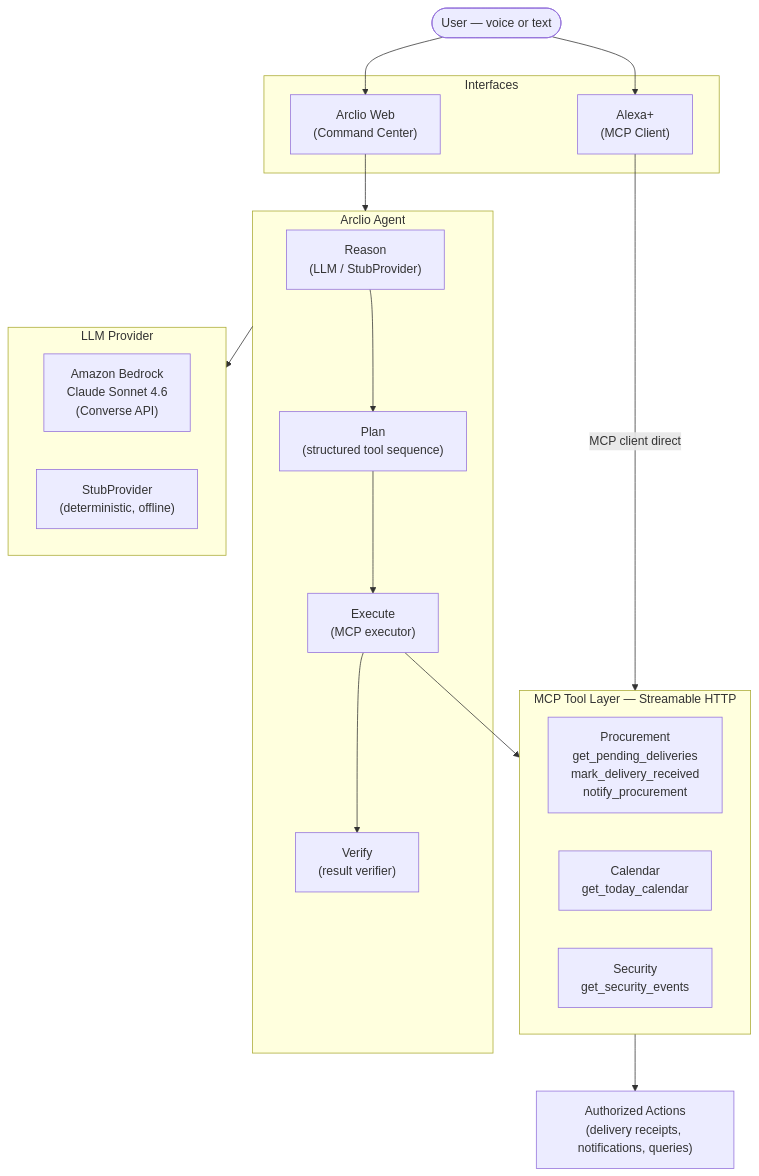
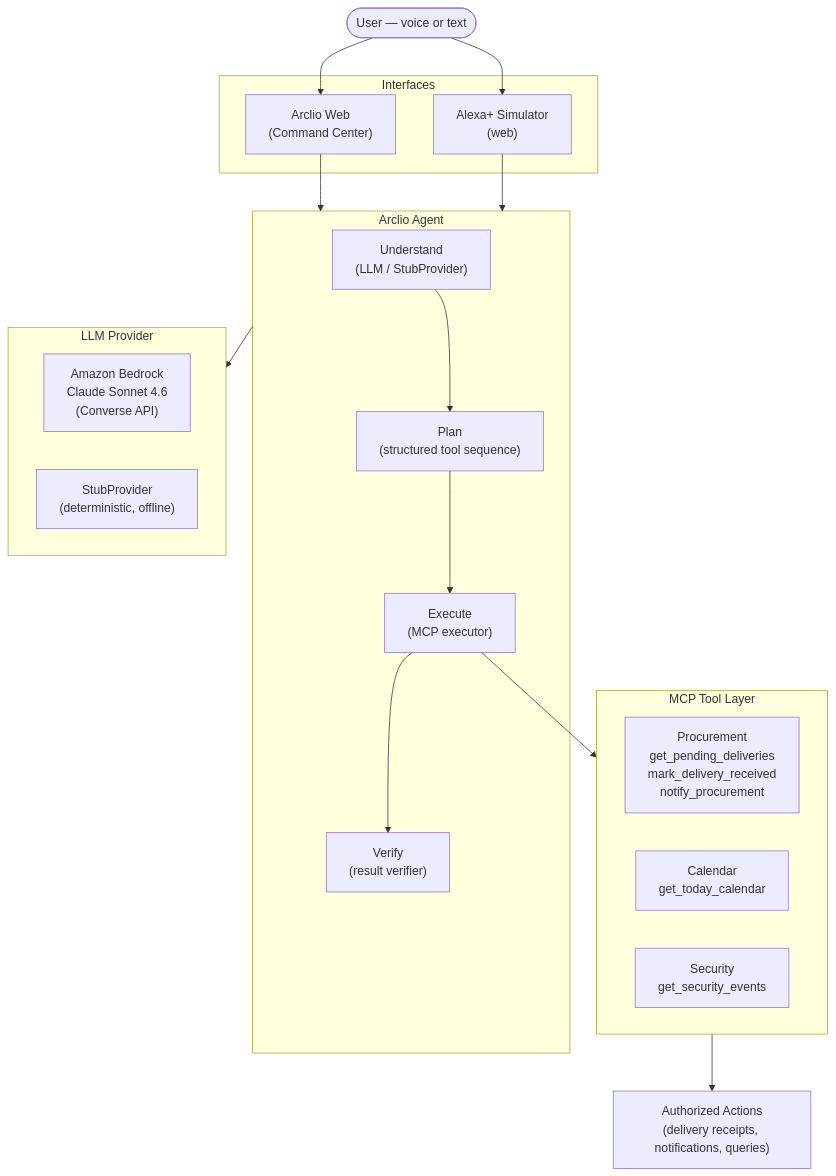
One commit to princeakpabio8-prog/arclio changed the diagram in README.md. Above: the diagram before and after it, drawn with Mermaid. The commit also changed other lines of this file, not shown here.

````diff
--- a/README.md
+++ b/README.md
@@ -33,38 +27,38 @@
 ```mermaid
 flowchart TD
     User(["User — voice or text"])
 
     subgraph Interfaces["Interfaces"]
         Web["Arclio Web\n(Command Center)"]
-        Alexa["Alexa+\n(MCP Client)"]
+        Sim["Alexa+ Simulator\n(web)"]
     end
 
     subgraph Agent["Arclio Agent"]
-        Reason["Reason\n(LLM / StubProvider)"]
+        Understand["Understand\n(LLM / StubProvider)"]
         Plan["Plan\n(structured tool sequence)"]
         Execute["Execute\n(MCP executor)"]
         Verify["Verify\n(result verifier)"]
-        Reason --> Plan --> Execute --> Verify
+        Understand --> Plan --> Execute --> Verify
     end
 
     subgraph LLM["LLM Provider"]
         Bedrock["Amazon Bedrock\nClaude Sonnet 4.6\n(Converse API)"]
         Stub["StubProvider\n(deterministic, offline)"]
     end
 
-    subgraph MCP["MCP Tool Layer — Streamable HTTP"]
+    subgraph MCP["MCP Tool Layer"]
         Procurement["Procurement\nget_pending_deliveries\nmark_delivery_received\nnotify_procurement"]
         Calendar["Calendar\nget_today_calendar"]
         Security["Security\nget_security_events"]
     end
 
     Actions["Authorized Actions\n(delivery receipts, notifications, queries)"]
 
     User --> Web
-    User --> Alexa
+    User --> Sim
     Web --> Agent
-    Alexa -- "MCP client direct" --> MCP
+    Sim --> Agent
     Agent --> LLM
     Execute --> MCP
     MCP --> Actions
 ```
````
